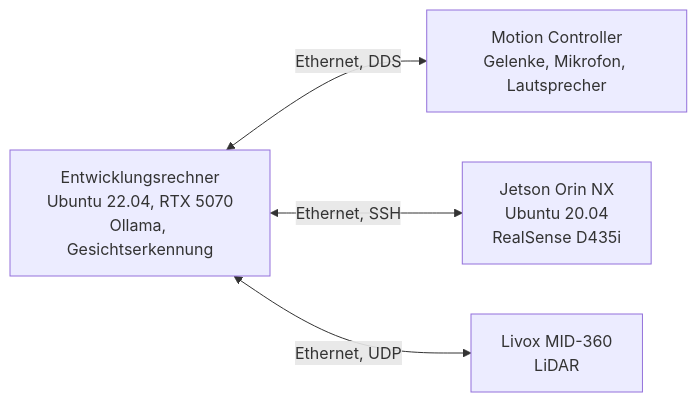
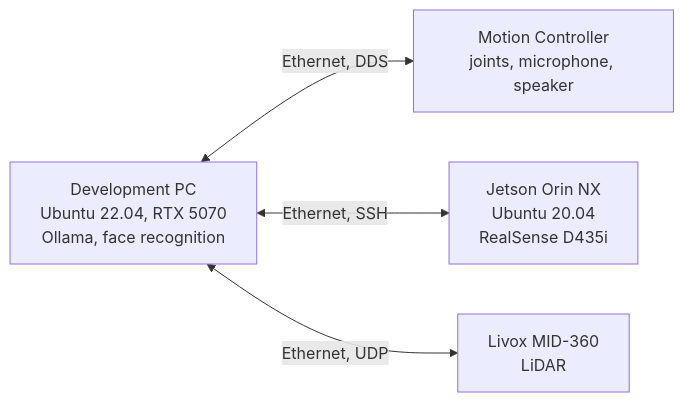
The diagram in Robotics/Unitree_G1/README.md (SoranaMitrea/tech-portfolio), drawn with Mermaid before and after one commit. The commit also changed other lines of this file and 5 other files, not shown here.

````diff
--- a/Robotics/Unitree_G1/README.md
+++ b/Robotics/Unitree_G1/README.md
@@ -18,10 +18,10 @@
 ```mermaid
 flowchart LR
-    L["Entwicklungsrechner<br/>Ubuntu 22.04, RTX 5070<br/>Ollama, Gesichtserkennung"]
-    MC["Motion Controller<br/>Gelenke, Mikrofon, Lautsprecher"]
+    L["Development PC<br/>Ubuntu 22.04, RTX 5070<br/>Ollama, face recognition"]
+    MC["Motion Controller<br/>joints, microphone, speaker"]
     J["Jetson Orin NX<br/>Ubuntu 20.04<br/>RealSense D435i"]
     LI["Livox MID-360<br/>LiDAR"]
     L <-- "Ethernet, DDS" --> MC
     L <-- "Ethernet, SSH" --> J
     L <-- "Ethernet, UDP" --> LI
 ```
````
